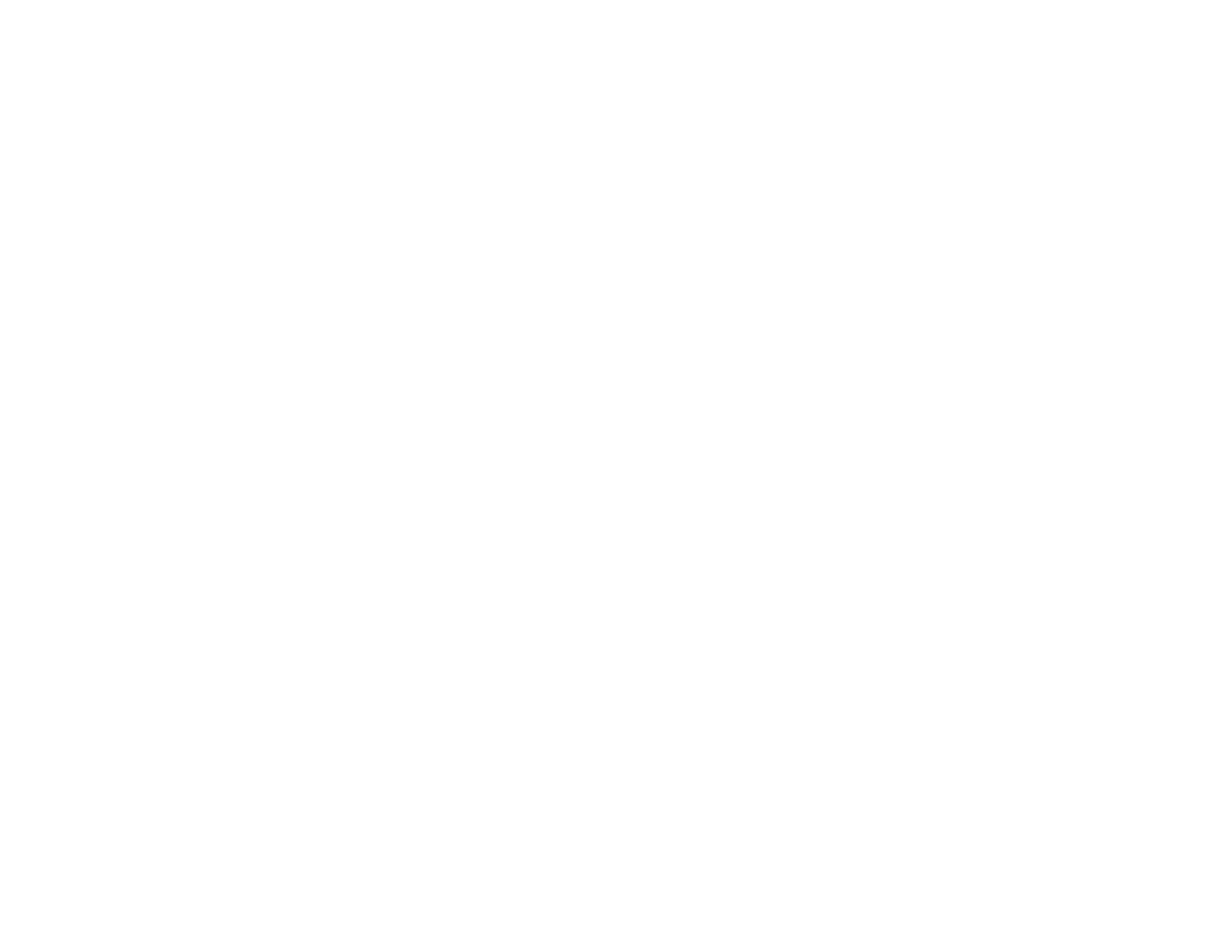
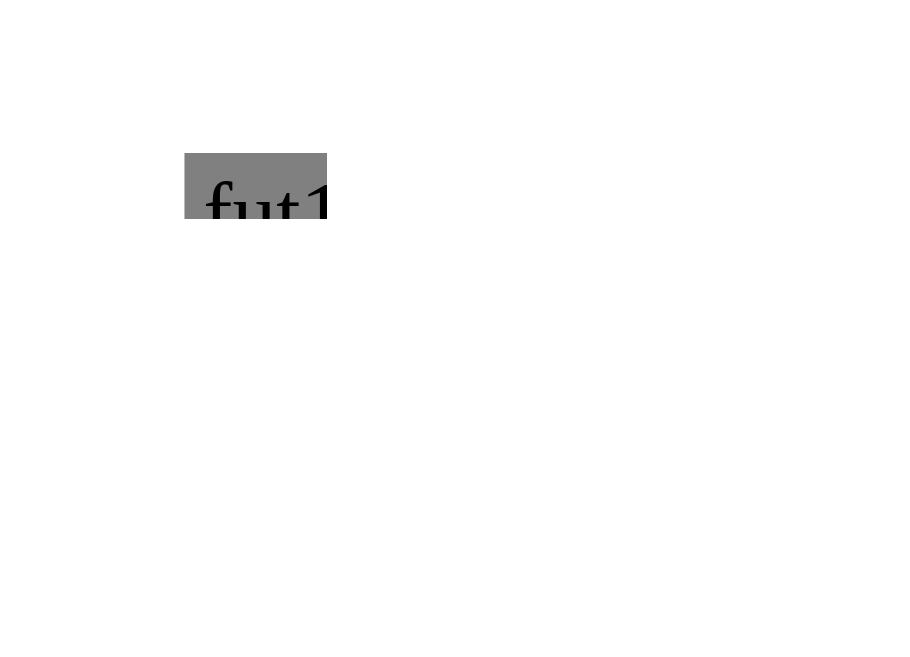
The diagram in dot/trpl17-05.dot (rust-lang/book), drawn with Graphviz before and after one commit. The commit also changed 10 other files, not shown here.

Commit message:
Ch. 17: create a diagram showing blocked parallelism

```diff
--- a/dot/trpl17-05.dot
+++ b/dot/trpl17-05.dot
@@ -1,42 +1,32 @@
 digraph {
-   rankdir = LR;
+   rankdir = RL;
+   overlap = false;
    dpi = 300.0;
+   splines = false;
+   cluster = true;
    
    node [shape = "plaintext";];
    
-   pinned_box [label = <<table border="0" cellborder="1" cellspacing="0">
-      <tr><td sides="B">Pin</td></tr>
-      <tr><td port="source"> </td></tr>
-      </table>>;];
-   
-   subgraph cluster_box {
-      label = "";
-      peripheries = 0;
+   // Group the two together, which results in the desired alignment.
+   subgraph {
+      // But don't show the frame!
+      style = "invis";
       
-      subgraph cluster_box_internal {
-         peripheries = 1;
-         label = "b1";
-         shape = box;
-         style = solid;
-         pin [shape = "point";];
-      }
+      fut1 [label = <<table border="0" cellborder="1" cellspacing="0" bgcolor="gray">
+         <tr><td sides="B">fut1</td></tr>
+         <tr><td>?</td></tr>
+         <tr><td port="target">?</td></tr>
+         <tr><td>?</td></tr>
+         </table>>;];
+      
+      fut2 [label = <<table border="0" cellborder="1" cellspacing="0">
+         <tr><td sides="B">fut2</td></tr>
+         <tr><td>0</td></tr>
+         <tr><td>1</td></tr>
+         <tr><td port="source"> </td></tr>
+         </table>>;];
+      
+      edge [tailclip = "false"; dir = forward];
+      fut2:source:c -> fut1:target:e;
    }
-   
-   subgraph cluster_deref {
-      style = bold;
-      label = "pinned";
-      
-      box [label = <<table border="0" cellborder="1" cellspacing="0">
-         <tr><td sides="B">fut</td></tr>
-         <tr><td port="target">0</td></tr>
-         <tr><td port="source"> </td></tr>
-         <tr><td style="dashed">...</td></tr>
-         <tr><td port="internal">1</td></tr>
-         </table>>;];
-   }
-   
-   edge [tailclip = false;];
-   pinned_box -> pin [tailport = "source:c"; arrowhead = "none";];
-   pin -> box [headport = "target";];
-   box -> box [tailport = "source:c"; headport = "internal";];
 }
```
